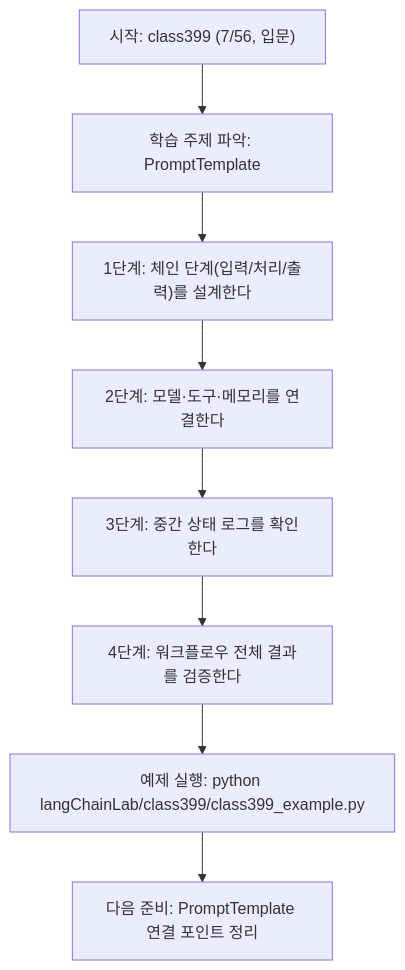
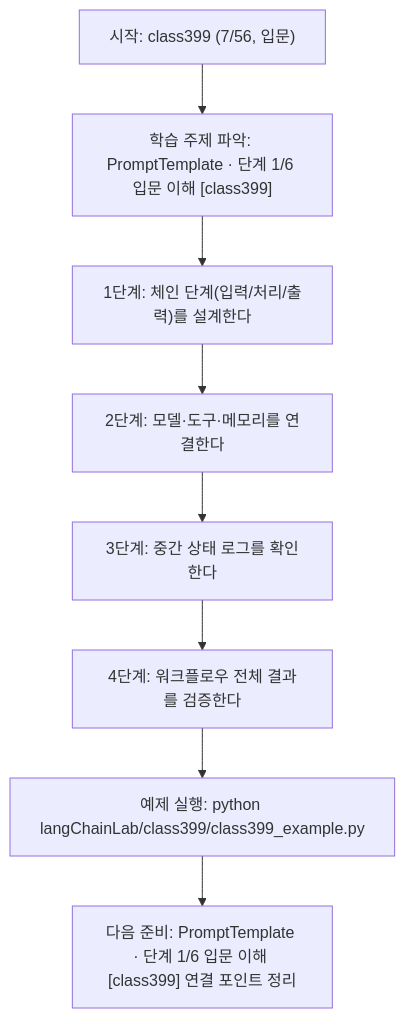
One commit to edumgt/Python-AI_Agent-Class changed the diagram in langChainLab/class399/class399.md. Above: the diagram before and after it, drawn with Mermaid. The commit also changed other lines of this file and 522 other files, not shown here.

````diff
--- a/langChainLab/class399/class399.md
+++ b/langChainLab/class399/class399.md
@@ -107,18 +108,18 @@
 ```mermaid
 flowchart TD
 N1["시작: class399 (7/56, 입문)"]
-N2["학습 주제 파악: PromptTemplate"]
+N2["학습 주제 파악: PromptTemplate · 단계 1/6 입문 이해 [class399]"]
 N3["1단계: 체인 단계(입력/처리/출력)를 설계한다"]
 N4["2단계: 모델·도구·메모리를 연결한다"]
 N5["3단계: 중간 상태 로그를 확인한다"]
 N6["4단계: 워크플로우 전체 결과를 검증한다"]
 N7["예제 실행: python langChainLab/class399/class399_example.py"]
-N8["다음 준비: PromptTemplate 연결 포인트 정리"]
+N8["다음 준비: PromptTemplate · 단계 1/6 입문 이해 [class399] 연결 포인트 정리"]
 N1 --> N2
 N2 --> N3
 N3 --> N4
 N4 --> N5
 N5 --> N6
 N6 --> N7
 N7 --> N8
 ```
````
